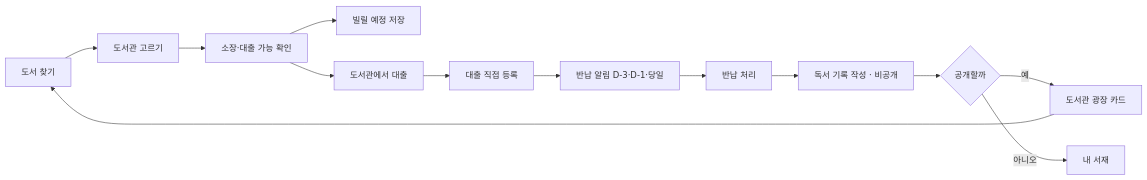
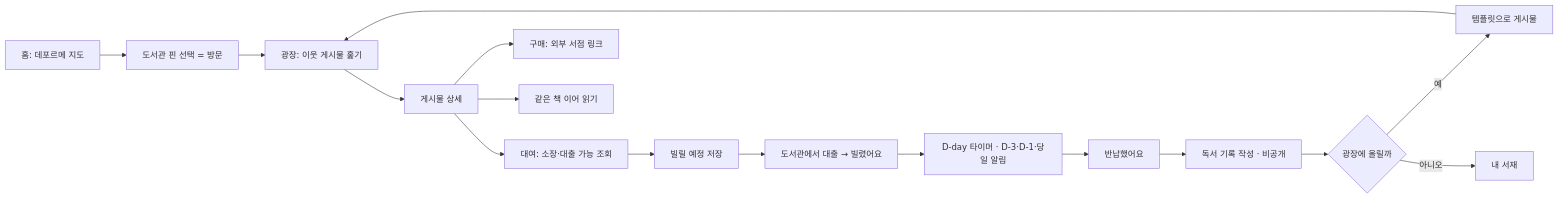
Before and after one commit to axteamc/localone: the first of 7 diagrams in 개발산출물/유저_플로우.md, drawn with Mermaid. The commit also changed other lines of this file and 12 other files, not shown here.

First line of the commit message:
docs: 도서관 방문·커뮤니티 중심으로 재배치, 반납 비서를 빌렸어요 방식으로 단순화

````diff
--- a/개발산출물/유저_플로우.md
+++ b/개발산출물/유저_플로우.md
@@ -7,15 +7,18 @@
 ```mermaid
 flowchart LR
-  A[도서 찾기] --> B[도서관 고르기]
-  B --> C[소장·대출 가능 확인]
-  C --> D[빌릴 예정 저장]
-  C --> E[도서관에서 대출]
-  E --> F[대출 직접 등록]
-  F --> G[반납 알림 D-3·D-1·당일]
-  G --> H[반납 처리]
-  H --> I[독서 기록 작성 · 비공개]
-  I --> J{공개할까}
-  J -- 예 --> K[도서관 광장 카드]
-  K --> A
-  J -- 아니오 --> L[내 서재]
+  A[홈: 데포르메 지도] --> B[도서관 핀 선택 = 방문]
+  B --> C[광장: 이웃 게시물 훑기]
+  C --> D[게시물 상세]
+  D --> E[대여: 소장·대출 가능 조회]
+  D --> F[구매: 외부 서점 링크]
+  D --> G[같은 책 이어 읽기]
+  E --> H[빌릴 예정 저장]
+  H --> I[도서관에서 대출 → 빌렸어요]
+  I --> J[D-day 타이머 · D-3·D-1·당일 알림]
+  J --> K[반납했어요]
+  K --> L[독서 기록 작성 · 비공개]
+  L --> M{광장에 올릴까}
+  M -- 예 --> N[템플릿으로 게시물]
+  N --> C
+  M -- 아니오 --> O[내 서재]
 ```
````
